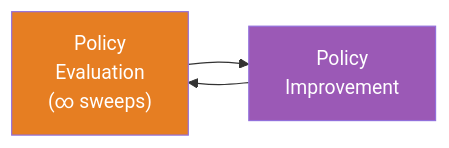
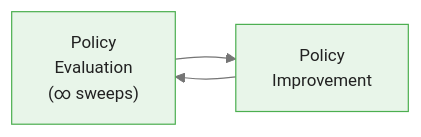
One commit to m-deane/course-creator changed the first of 6 diagrams in courses/reinforcement-learning/modules/module_01_dynamic_programming/guides/03_value_iteration_slides.md. Above: the diagram before and after it, drawn with Mermaid. The commit also changed other lines of this file and 131 other files, not shown here.

````diff
--- a/courses/reinforcement-learning/modules/module_01_dynamic_programming/guides/03_value_iteration_slides.md
+++ b/courses/reinforcement-learning/modules/module_01_dynamic_programming/guides/03_value_iteration_slides.md
@@ -70,7 +85,6 @@
 ```mermaid
+%%{init: {"theme": "base", "themeVariables": {"primaryColor": "#e8f5e9", "primaryBorderColor": "#4caf50", "primaryTextColor": "#212121", "secondaryColor": "#e3f2fd", "tertiaryColor": "#fff8e1", "lineColor": "#757575", "fontFamily": "Inter, sans-serif", "fontSize": "14px"}}}%%
 flowchart LR
     PE["Policy\nEvaluation\n(∞ sweeps)"] --> PI["Policy\nImprovement"]
     PI --> PE
-    style PE fill:#e67e22,color:#fff
-    style PI fill:#9b59b6,color:#fff
 ```
````
